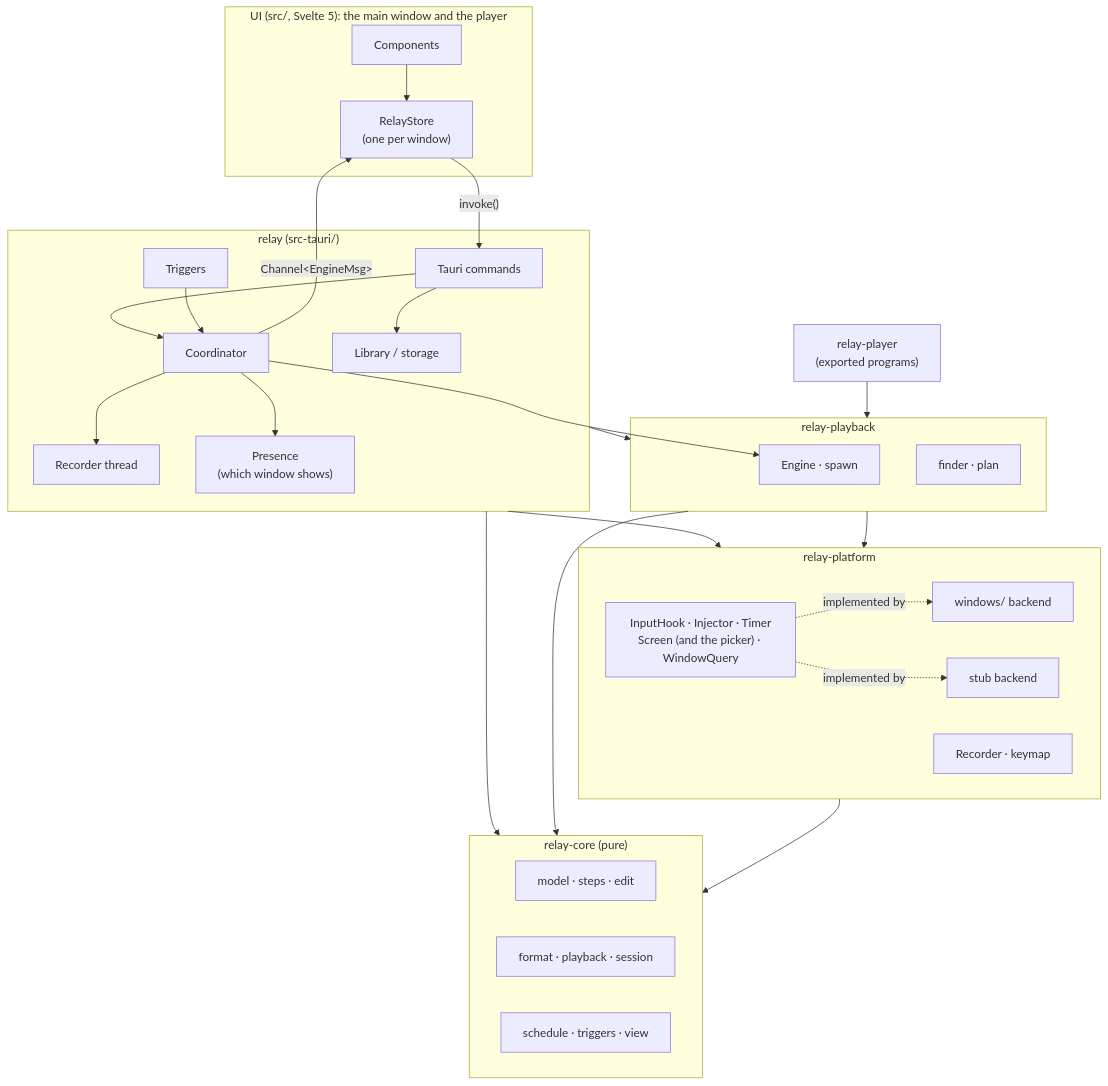
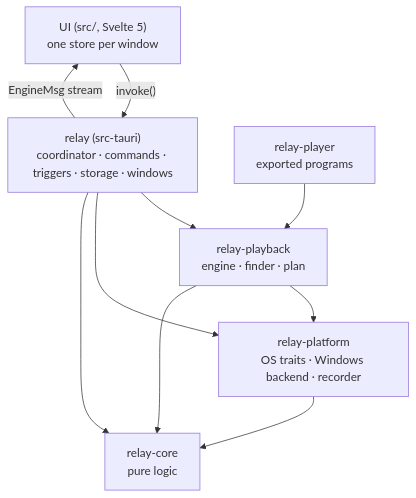
The first of 6 diagrams in docs/engineering/architecture.md (HappyRave/Relay), drawn with Mermaid before and after one commit. The commit also changed other lines of this file and 3 other files, not shown here.

First line of the commit message:
docs(engineering): architecture, core, platform and app, rewritten short

````diff
--- a/docs/engineering/architecture.md
+++ b/docs/engineering/architecture.md
@@ -16,44 +15,15 @@
 ```mermaid
 flowchart TB
-    subgraph ui["UI (src/, Svelte 5): the main window and the player"]
-        store["RelayStore<br/>(one per window)"]
-        comps["Components"]
-    end
-    subgraph app["relay (src-tauri/)"]
-        cmds["Tauri commands"]
-        coord["Coordinator"]
-        rec["Recorder thread"]
-        trig["Triggers"]
-        lib["Library / storage"]
-        pres["Presence<br/>(which window shows)"]
-    end
-    subgraph playback["relay-playback"]
-        engine["Engine · spawn"]
-        finder["finder · plan"]
-    end
-    player["relay-player<br/>(exported programs)"]
-    subgraph platform["relay-platform"]
-        traits["InputHook · Injector · Timer<br/>Screen (and the picker) · WindowQuery"]
-        win["windows/ backend"]
-        stub["stub backend"]
-        recorder["Recorder · keymap"]
-    end
-    subgraph core["relay-core (pure)"]
-        model["model · steps · edit"]
-        fmt["format · playback · session"]
-        sched["schedule · triggers · view"]
-    end
-    comps --> store
-    store -- "invoke()" --> cmds
-    coord -- "Channel&lt;EngineMsg&gt;" --> store
-    cmds --> coord & lib
-    coord --> pres
-    coord --> engine
-    coord --> rec
-    trig --> coord
+    ui["UI (src/, Svelte 5)<br/>one store per window"]
+    app["relay (src-tauri)<br/>coordinator · commands · triggers · storage · windows"]
+    playback["relay-playback<br/>engine · finder · plan"]
+    player["relay-player<br/>exported programs"]
+    platform["relay-platform<br/>OS traits · Windows backend · recorder"]
+    core["relay-core<br/>pure logic"]
+    ui -- "invoke()" --> app
+    app -- "EngineMsg stream" --> ui
     app --> playback & platform & core
     player --> playback
     playback --> platform & core
     platform --> core
-    traits -.implemented by.-> win & stub
 ```
````
